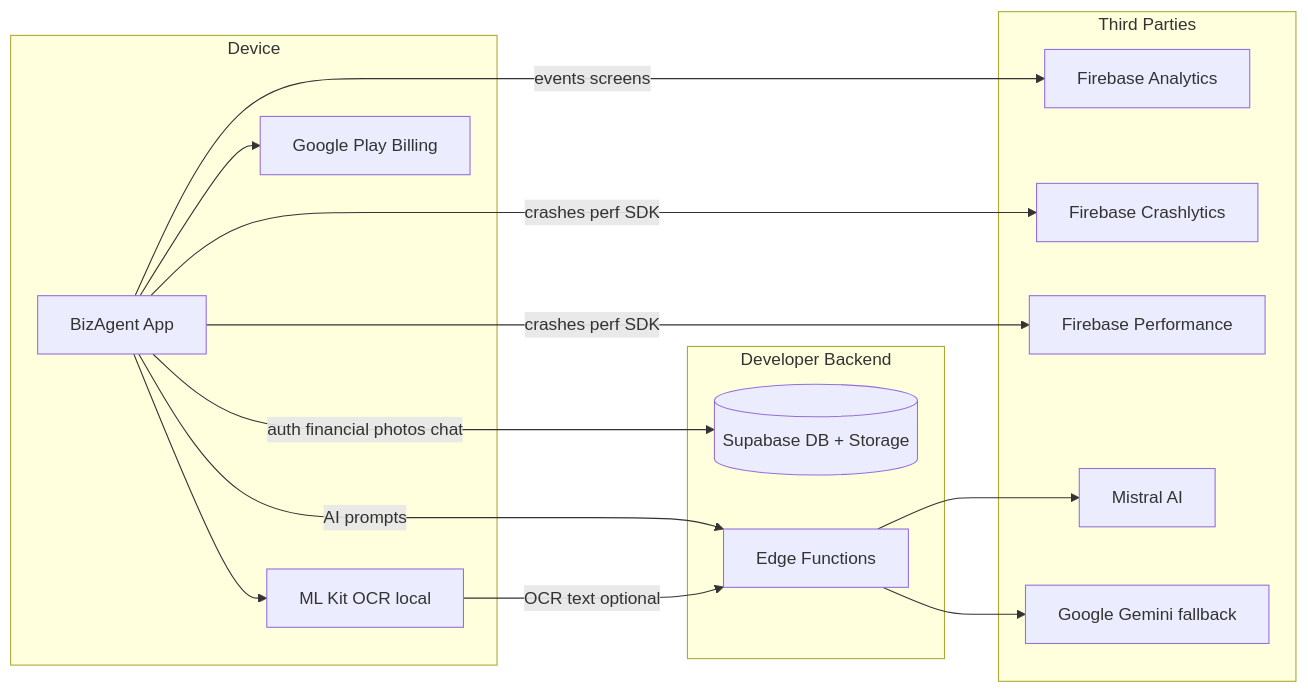
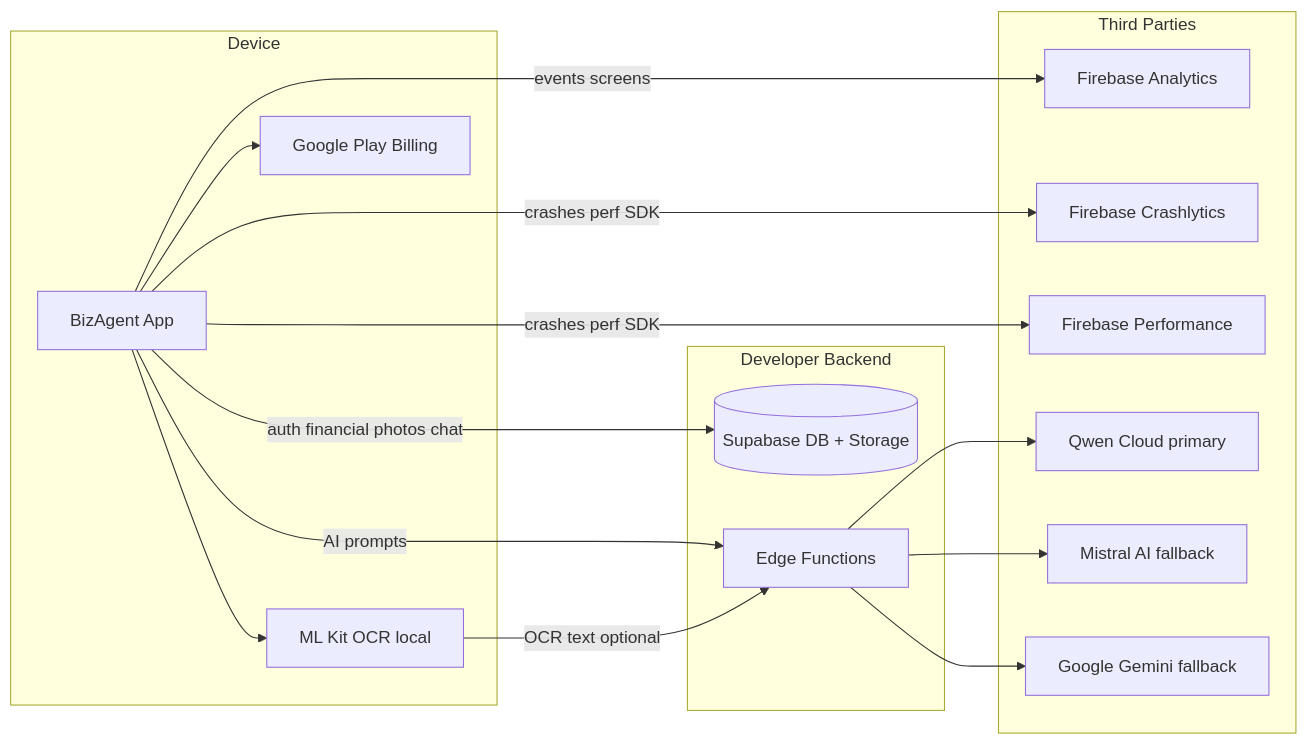
The diagram in docs/DATA_SAFETY_PLAY_CONSOLE.md (youh4ck3dme/produkcia-googlestore-2026), drawn with Mermaid before and after one commit. The commit also changed other lines of this file and 11 other files, not shown here.

````diff
--- a/docs/DATA_SAFETY_PLAY_CONSOLE.md
+++ b/docs/DATA_SAFETY_PLAY_CONSOLE.md
@@ -35,32 +35,34 @@
 ```mermaid
 flowchart LR
   subgraph device [Device]
     UI[BizAgent App]
     MLKit[ML Kit OCR local]
     IAP[Google Play Billing]
   end
 
   subgraph backend [Developer Backend]
     SB[(Supabase DB + Storage)]
     EF[Edge Functions]
   end
 
   subgraph thirdParty [Third Parties]
     FA[Firebase Analytics]
     FC[Firebase Crashlytics]
     FP[Firebase Performance]
-    Mistral[Mistral AI]
+    Qwen[Qwen Cloud primary]
+    Mistral[Mistral AI fallback]
     Gemini[Google Gemini fallback]
   end
 
   UI -->|auth financial photos chat| SB
   UI --> MLKit
   UI --> IAP
   UI -->|events screens| FA
   UI -->|crashes perf SDK| FC
   UI -->|crashes perf SDK| FP
   UI -->|AI prompts| EF
+  EF --> Qwen
   EF --> Mistral
   EF --> Gemini
   MLKit -->|OCR text optional| EF
 ```
````
